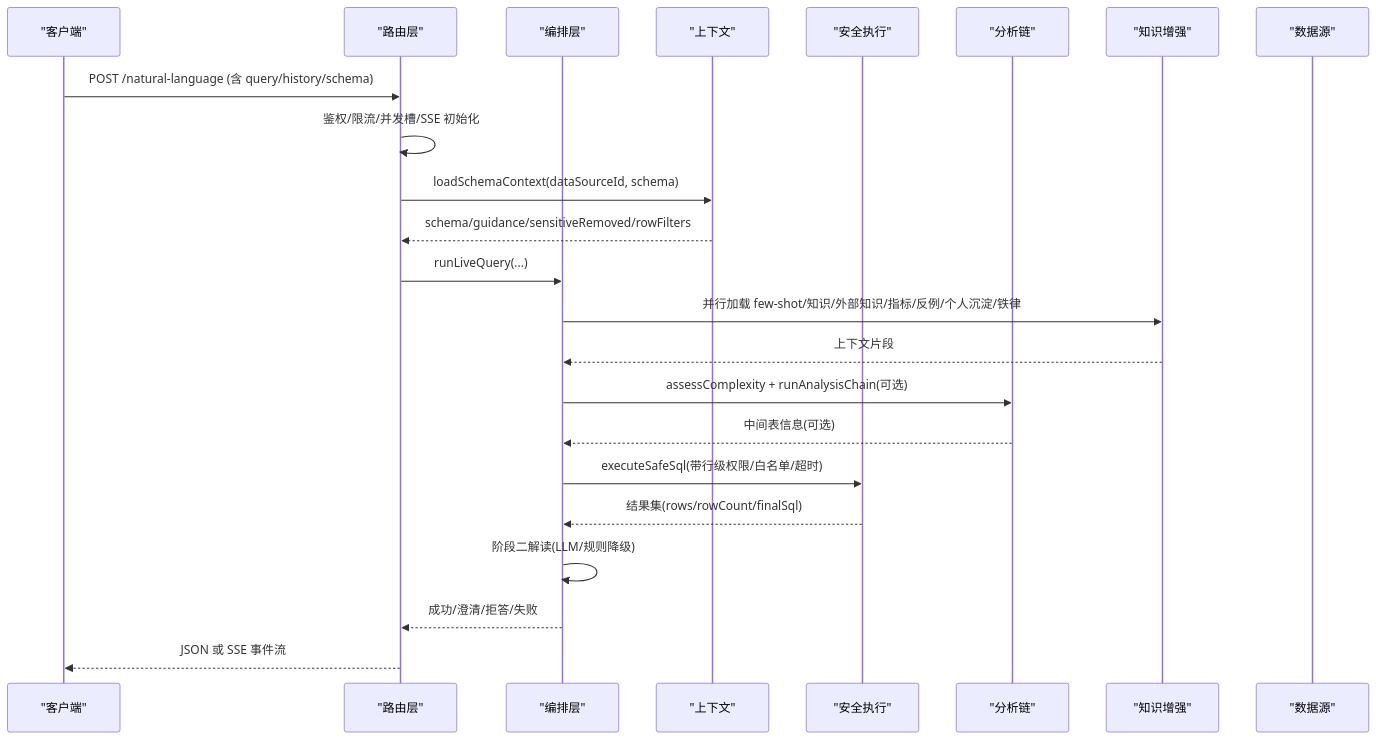
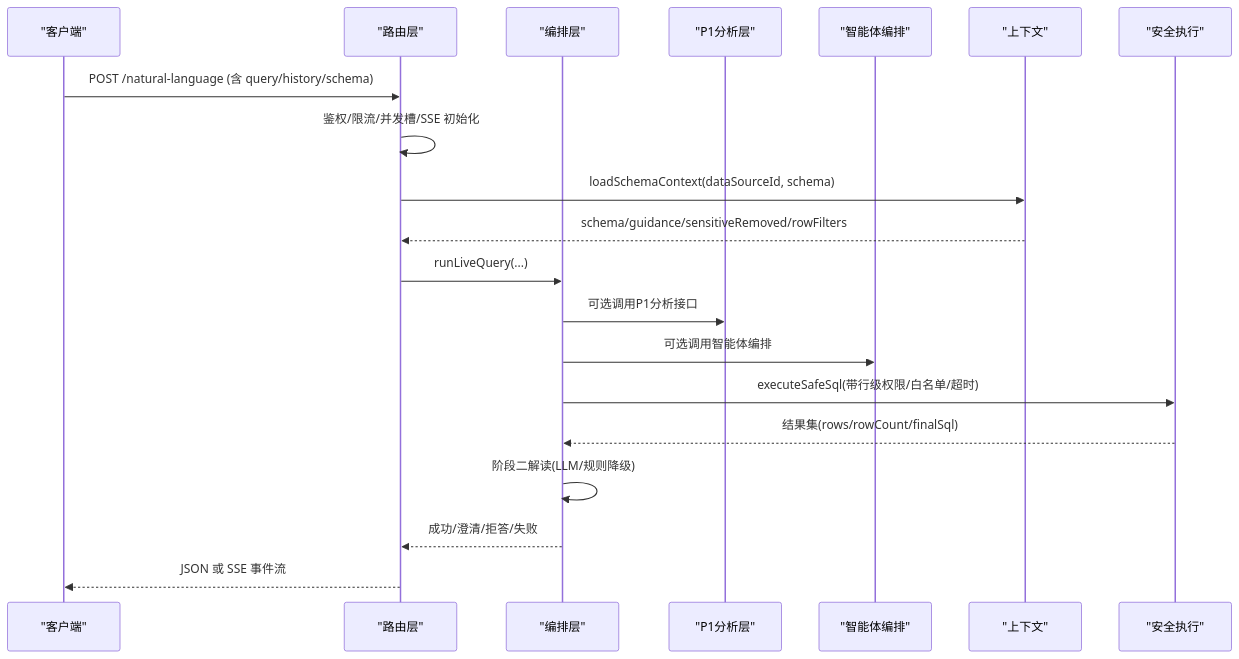
The second of 10 diagrams in .qoder/repowiki/zh/content/后端服务/核心业务模块/查询处理引擎/查询处理引擎.md (dgjin/smart-data-analytics), drawn with Mermaid before and after one commit. The commit also changed other lines of this file and 141 other files, not shown here.

````diff
--- a/.qoder/repowiki/zh/content/后端服务/核心业务模块/查询处理引擎/查询处理引擎.md
+++ b/.qoder/repowiki/zh/content/后端服务/核心业务模块/查询处理引擎/查询处理引擎.md
@@ -91,25 +116,22 @@
 ```mermaid
 sequenceDiagram
 participant C as "客户端"
 participant R as "路由层"
 participant L as "编排层"
+participant A as "P1分析层"
+participant G as "智能体编排"
 participant S as "上下文"
-participant G as "安全执行"
-participant A as "分析链"
-participant K as "知识增强"
-participant D as "数据源"
+participant E as "安全执行"
 C->>R : POST /natural-language (含 query/history/schema)
 R->>R : 鉴权/限流/并发槽/SSE 初始化
 R->>S : loadSchemaContext(dataSourceId, schema)
 S-->>R : schema/guidance/sensitiveRemoved/rowFilters
 R->>L : runLiveQuery(...)
-L->>K : 并行加载 few-shot/知识/外部知识/指标/反例/个人沉淀/铁律
-K-->>L : 上下文片段
-L->>A : assessComplexity + runAnalysisChain(可选)
-A-->>L : 中间表信息(可选)
-L->>G : executeSafeSql(带行级权限/白名单/超时)
-G-->>L : 结果集(rows/rowCount/finalSql)
+L->>A : 可选调用P1分析接口
+L->>G : 可选调用智能体编排
+L->>E : executeSafeSql(带行级权限/白名单/超时)
+E-->>L : 结果集(rows/rowCount/finalSql)
 L->>L : 阶段二解读(LLM/规则降级)
 L-->>R : 成功/澄清/拒答/失败
 R-->>C : JSON 或 SSE 事件流
 ```
````
